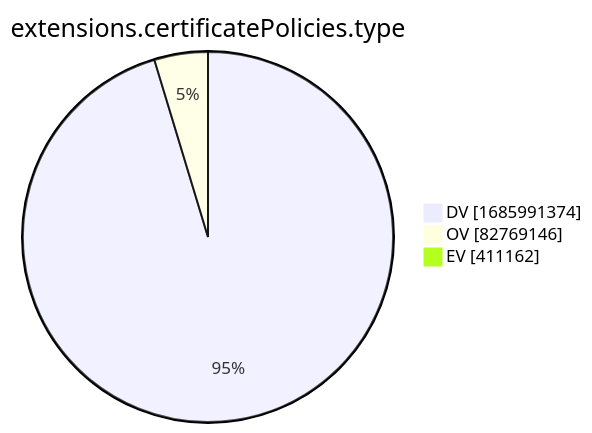
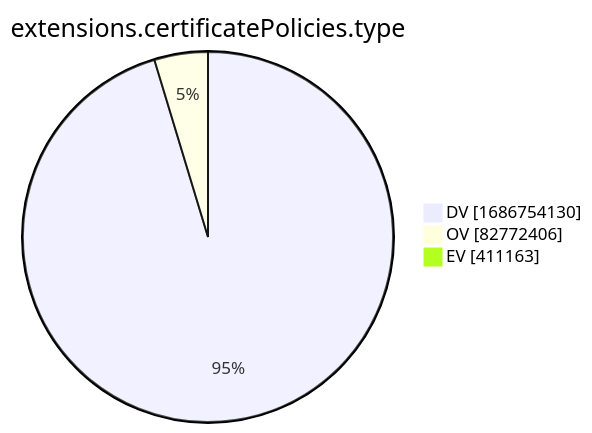
Before and after one commit to christiankrug/ctmonitor_visualization: the tenth of 15 diagrams in xenon2022/README.md, drawn with Mermaid. The commit also changed other lines of this file, not shown here.

````diff
--- a/xenon2022/README.md
+++ b/xenon2022/README.md
@@ -2881,7 +2881,7 @@
 ```mermaid
 pie showData
 title extensions.certificatePolicies.type
-"DV" :1685991374
-"OV" :82769146
-"EV" :411162
+"DV" :1686754130
+"OV" :82772406
+"EV" :411163
 ```
````
